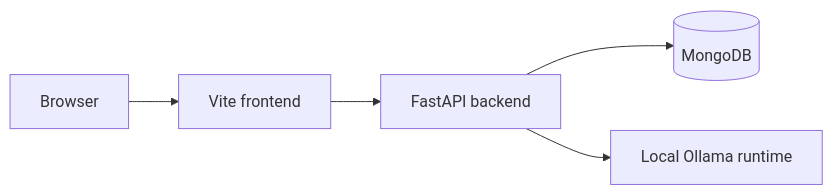
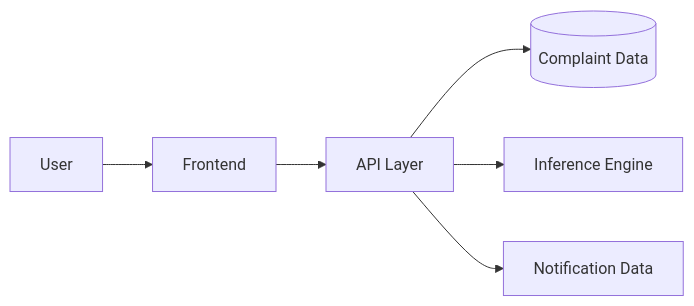
The ninth of 10 diagrams in docs/reports/PROJECT_REPORT.md (ark5234/Jan-Sunwai-AI), drawn with Mermaid before and after one commit. The commit also changed other lines of this file and 1 other file, not shown here.

````diff
--- a/docs/reports/PROJECT_REPORT.md
+++ b/docs/reports/PROJECT_REPORT.md
@@ -406,7 +465,8 @@
 ```mermaid
 flowchart LR
-    Browser[Browser] --> Frontend[Vite frontend]
-    Frontend --> Backend[FastAPI backend]
-    Backend --> Mongo[(MongoDB)]
-    Backend --> Ollama[Local Ollama runtime]
+    User --> FE[Frontend]
+    FE --> API[API Layer]
+    API --> DB[(Complaint Data)]
+    API --> AI[Inference Engine]
+    API --> N[Notification Data]
 ```
````
